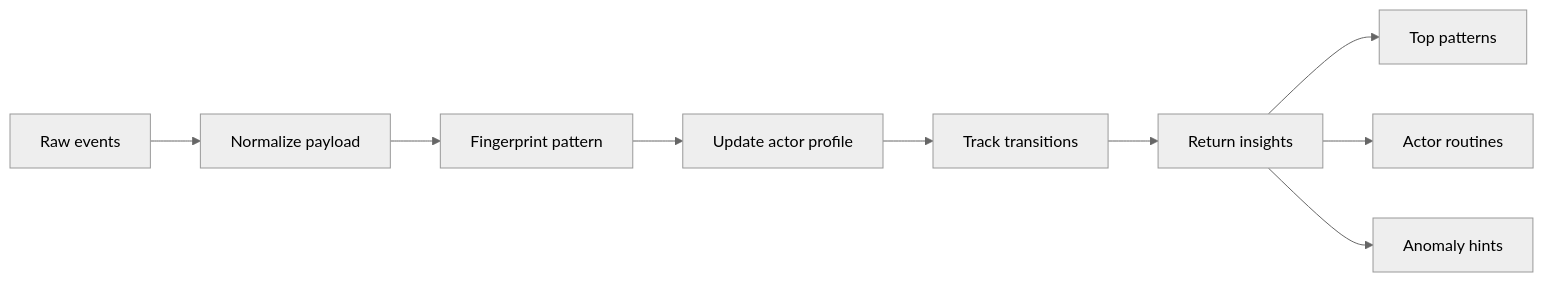
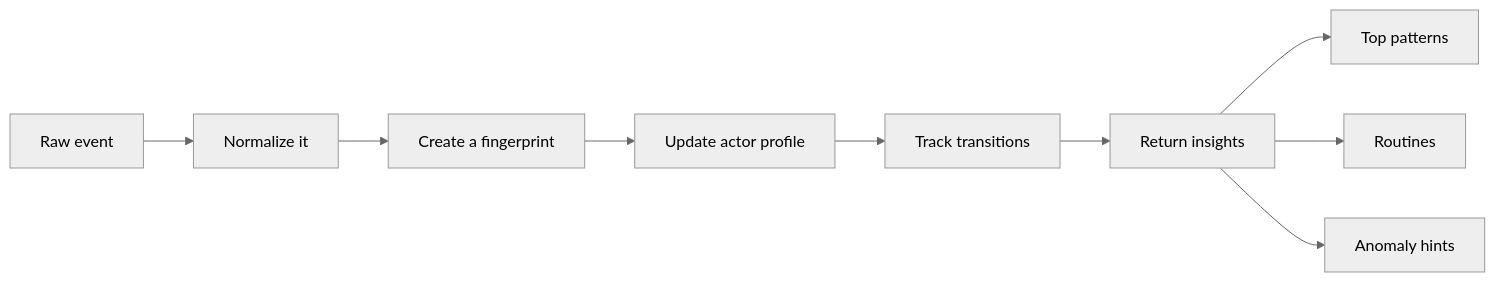
One commit to rogeroliveira84/behaviour-radar changed the diagram in README.md. Above: the diagram before and after it, drawn with Mermaid (neutral theme). The commit also changed other lines of this file, not shown here.

````diff
--- a/README.md
+++ b/README.md
@@ -41,12 +151,12 @@
 ```mermaid
 flowchart LR
-    A["Raw events"] --> B["Normalize payload"]
-    B --> C["Fingerprint pattern"]
+    A["Raw event"] --> B["Normalize it"]
+    B --> C["Create a fingerprint"]
     C --> D["Update actor profile"]
     D --> E["Track transitions"]
     E --> F["Return insights"]
 
     F --> G["Top patterns"]
-    F --> H["Actor routines"]
+    F --> H["Routines"]
     F --> I["Anomaly hints"]
 ```
````
